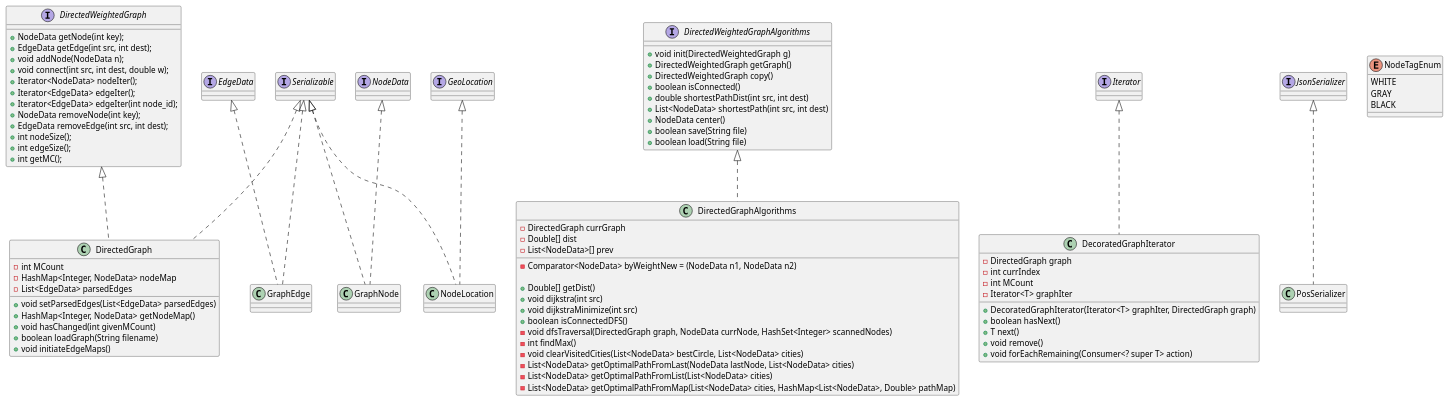
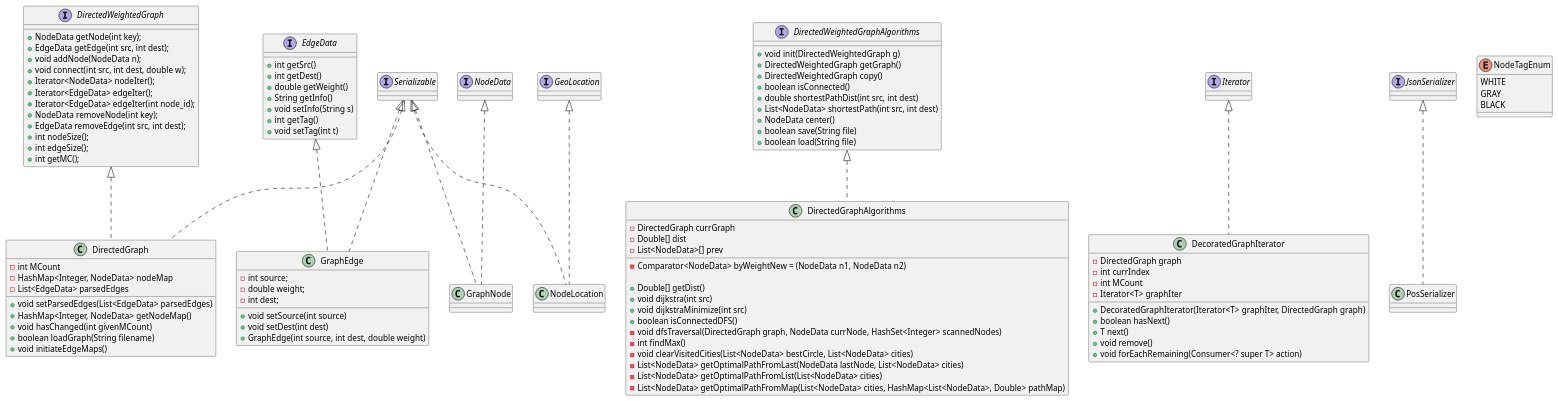
One commit to OriHoward/oop-ex2 changed the diagram in ProjectUML.puml. Above: the diagram before and after it, drawn with PlantUML. The commit also changed 1 other file, not shown here.

Commit message:
added additional info to the UML and handled edge cases in the TSP algo

```diff
--- a/ProjectUML.puml
+++ b/ProjectUML.puml
@@ -1,99 +1,114 @@
 @startuml
 'https://plantuml.com/class-diagram
 
 interface DirectedWeightedGraph{
     + NodeData getNode(int key);
     + EdgeData getEdge(int src, int dest);
     + void addNode(NodeData n);
     + void connect(int src, int dest, double w);
     + Iterator<NodeData> nodeIter();
     + Iterator<EdgeData> edgeIter();
     + Iterator<EdgeData> edgeIter(int node_id);
     + NodeData removeNode(int key);
     + EdgeData removeEdge(int src, int dest);
     + int nodeSize();
     + int edgeSize();
     + int getMC();
 }
 
 interface DirectedWeightedGraphAlgorithms{
 
     + void init(DirectedWeightedGraph g)
     + DirectedWeightedGraph getGraph()
     + DirectedWeightedGraph copy()
     + boolean isConnected()
     + double shortestPathDist(int src, int dest)
     + List<NodeData> shortestPath(int src, int dest)
     + NodeData center()
     + boolean save(String file)
     + boolean load(String file)
 }
 
 class DecoratedGraphIterator implements Iterator{
     - DirectedGraph graph
     - int currIndex
     - int MCount
     - Iterator<T> graphIter
 
     + DecoratedGraphIterator(Iterator<T> graphIter, DirectedGraph graph)
     + boolean hasNext()
     + T next()
     + void remove()
     + void forEachRemaining(Consumer<? super T> action)
 }
 
 class DirectedGraph implements DirectedWeightedGraph, Serializable {
 
     - int MCount
     - HashMap<Integer, NodeData> nodeMap
     - List<EdgeData> parsedEdges
 
     + void setParsedEdges(List<EdgeData> parsedEdges)
     + HashMap<Integer, NodeData> getNodeMap()
     + void hasChanged(int givenMCount)
     + boolean loadGraph(String filename)
     + void initiateEdgeMaps()
 
 }
 
 class DirectedGraphAlgorithms implements DirectedWeightedGraphAlgorithms {
     - DirectedGraph currGraph
     - Double[] dist
     - List<NodeData>[] prev
     - Comparator<NodeData> byWeightNew = (NodeData n1, NodeData n2)
 
     + Double[] getDist()
     + void dijkstra(int src)
     + void dijkstraMinimize(int src)
     + boolean isConnectedDFS()
     - void dfsTraversal(DirectedGraph graph, NodeData currNode, HashSet<Integer> scannedNodes)
     - int findMax()
     - void clearVisitedCities(List<NodeData> bestCircle, List<NodeData> cities)
     - List<NodeData> getOptimalPathFromLast(NodeData lastNode, List<NodeData> cities)
     - List<NodeData> getOptimalPathFromList(List<NodeData> cities)
     - List<NodeData> getOptimalPathFromMap(List<NodeData> cities, HashMap<List<NodeData>, Double> pathMap)
 }
 
+interface EdgeData{
+    + int getSrc()
+    + int getDest()
+    + double getWeight()
+    + String getInfo()
+    + void setInfo(String s)
+    + int getTag()
+    + void setTag(int t)
+}
+
 class GraphEdge implements EdgeData, Serializable {
-
+    - int source;
+    - double weight;
+    - int dest;
+    + void setSource(int source)
+    + void setDest(int dest)
+    + GraphEdge(int source, int dest, double weight)
 }
 
 class GraphNode implements NodeData, Serializable {
 
 }
 
 class NodeLocation implements GeoLocation, Serializable {
 
 }
 
 class PosSerializer implements JsonSerializer {
 }
 
 enum NodeTagEnum {
 WHITE
 GRAY
 BLACK
 }
 
 
 @enduml
```
